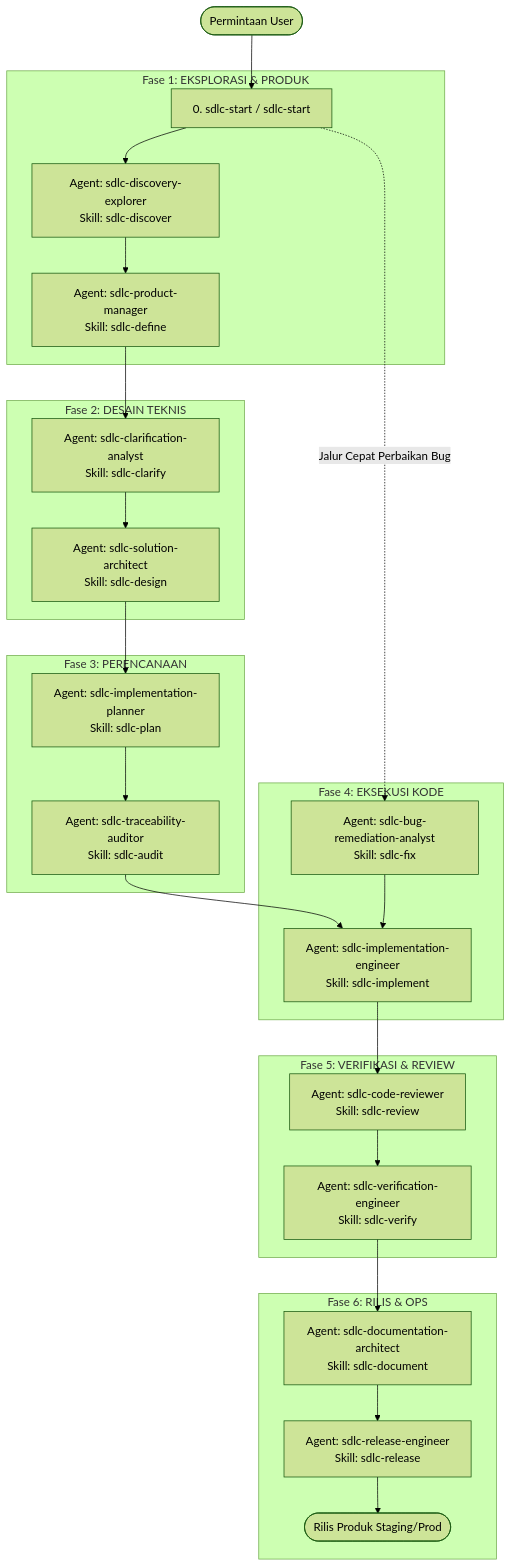
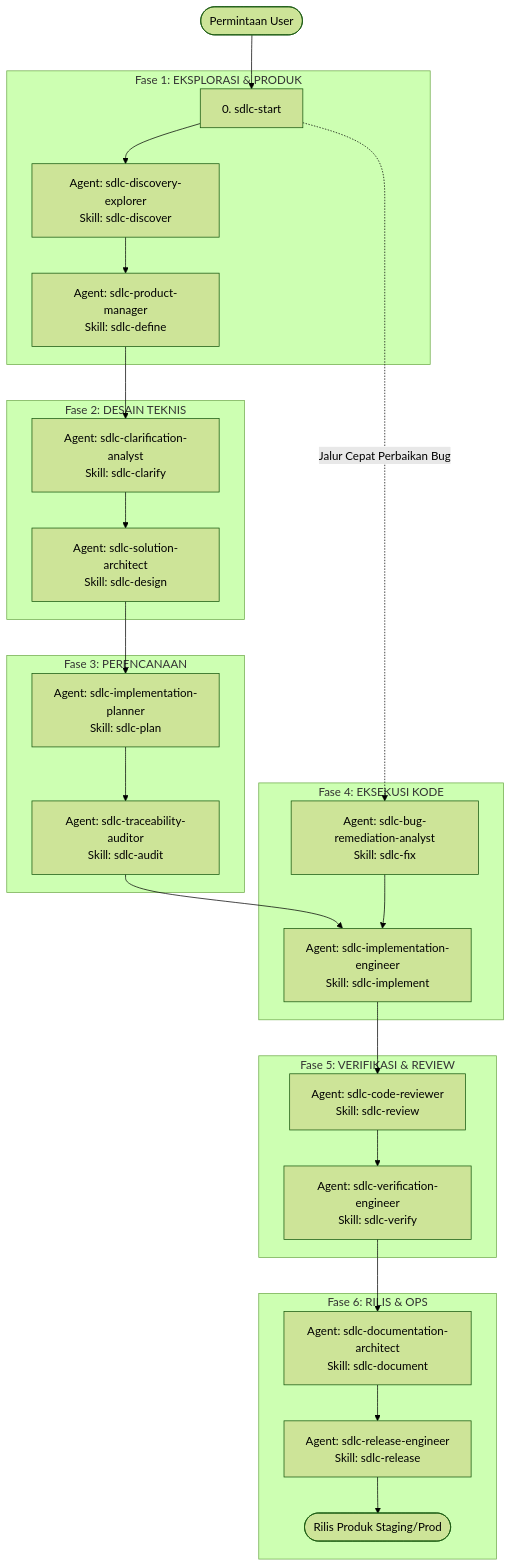
The diagram in README.id.md (coderbuzz/agent-toolkit), drawn with Mermaid (forest theme) before and after one commit.

Commit message:
docs(id): fix duplicate sdlc-start label in mermaid diagram

````diff
--- a/README.id.md
+++ b/README.id.md
@@ -130,36 +130,36 @@
 ```mermaid
 flowchart TD
-    Start([Permintaan User]) --> Router["0. sdlc-start / sdlc-start"]
+    Start([Permintaan User]) --> Router["0. sdlc-start"]
     
     subgraph Fase 1: EKSPLORASI & PRODUK
         Router --> Explorer["Agent: sdlc-discovery-explorer\nSkill: sdlc-discover"]
         Explorer --> PM["Agent: sdlc-product-manager\nSkill: sdlc-define"]
     end
     
     subgraph Fase 2: DESAIN TEKNIS
         PM --> Clarify["Agent: sdlc-clarification-analyst\nSkill: sdlc-clarify"]
         Clarify --> Architect["Agent: sdlc-solution-architect\nSkill: sdlc-design"]
     end
     
     subgraph Fase 3: PERENCANAAN
         Architect --> Planner["Agent: sdlc-implementation-planner\nSkill: sdlc-plan"]
         Planner --> Auditor["Agent: sdlc-traceability-auditor\nSkill: sdlc-audit"]
     end
     
     subgraph Fase 4: EKSEKUSI KODE
         Auditor --> Engineer["Agent: sdlc-implementation-engineer\nSkill: sdlc-implement"]
         Router -. Jalur Cepat Perbaikan Bug .-> BugAnalyst["Agent: sdlc-bug-remediation-analyst\nSkill: sdlc-fix"]
         BugAnalyst --> Engineer
     end
     
     subgraph Fase 5: VERIFIKASI & REVIEW
         Engineer --> Reviewer["Agent: sdlc-code-reviewer\nSkill: sdlc-review"]
         Reviewer --> Verifier["Agent: sdlc-verification-engineer\nSkill: sdlc-verify"]
     end
     
     subgraph Fase 6: RILIS & OPS
         Verifier --> DocArch["Agent: sdlc-documentation-architect\nSkill: sdlc-document"]
         DocArch --> ReleaseEng["Agent: sdlc-release-engineer\nSkill: sdlc-release"]
         ReleaseEng --> Done([Rilis Produk Staging/Prod])
     end
 ```
````
